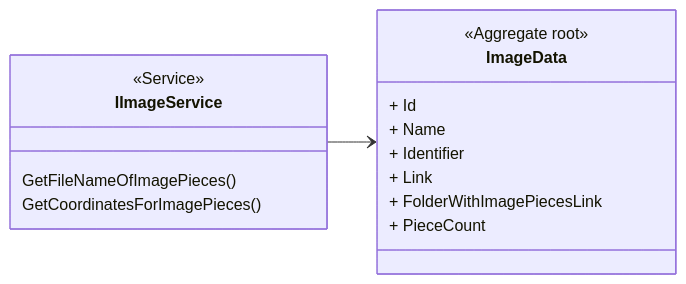
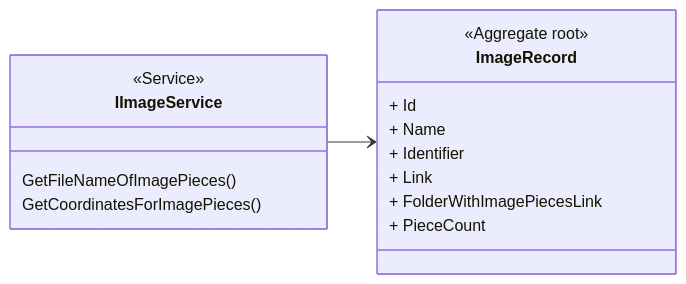
The fourth of 8 diagrams in src/relations.md (JoachimTislov/Image-guesser), drawn with Mermaid before and after one commit. The commit also changed other lines of this file and 89 other files, not shown here.

````diff
--- a/src/relations.md
+++ b/src/relations.md
@@ -125,19 +125,19 @@
 ```mermaid
 classDiagram
     direction LR
     class IImageService {
         <<Service>>
         GetFileNameOfImagePieces()
         GetCoordinatesForImagePieces()
     }
-    class ImageData {
+    class ImageRecord {
         <<Aggregate root>>
         + Id
         + Name
         + Identifier
         + Link
         + FolderWithImagePiecesLink
         + PieceCount
     }
-    IImageService --> ImageData 
+    IImageService --> ImageRecord 
 ```
````
